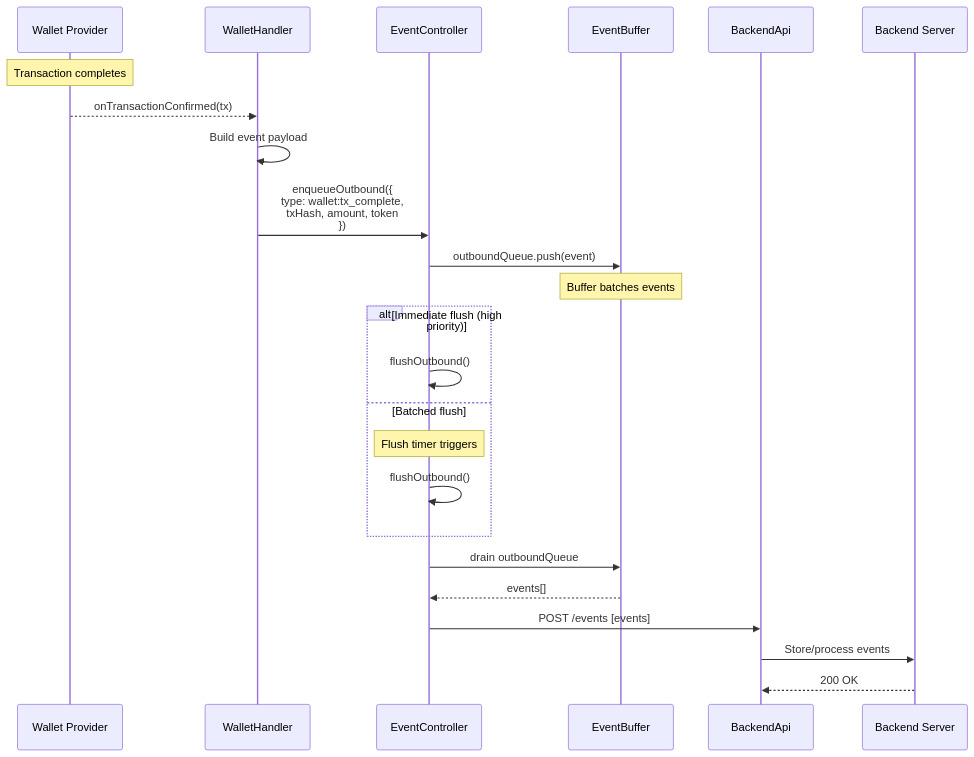
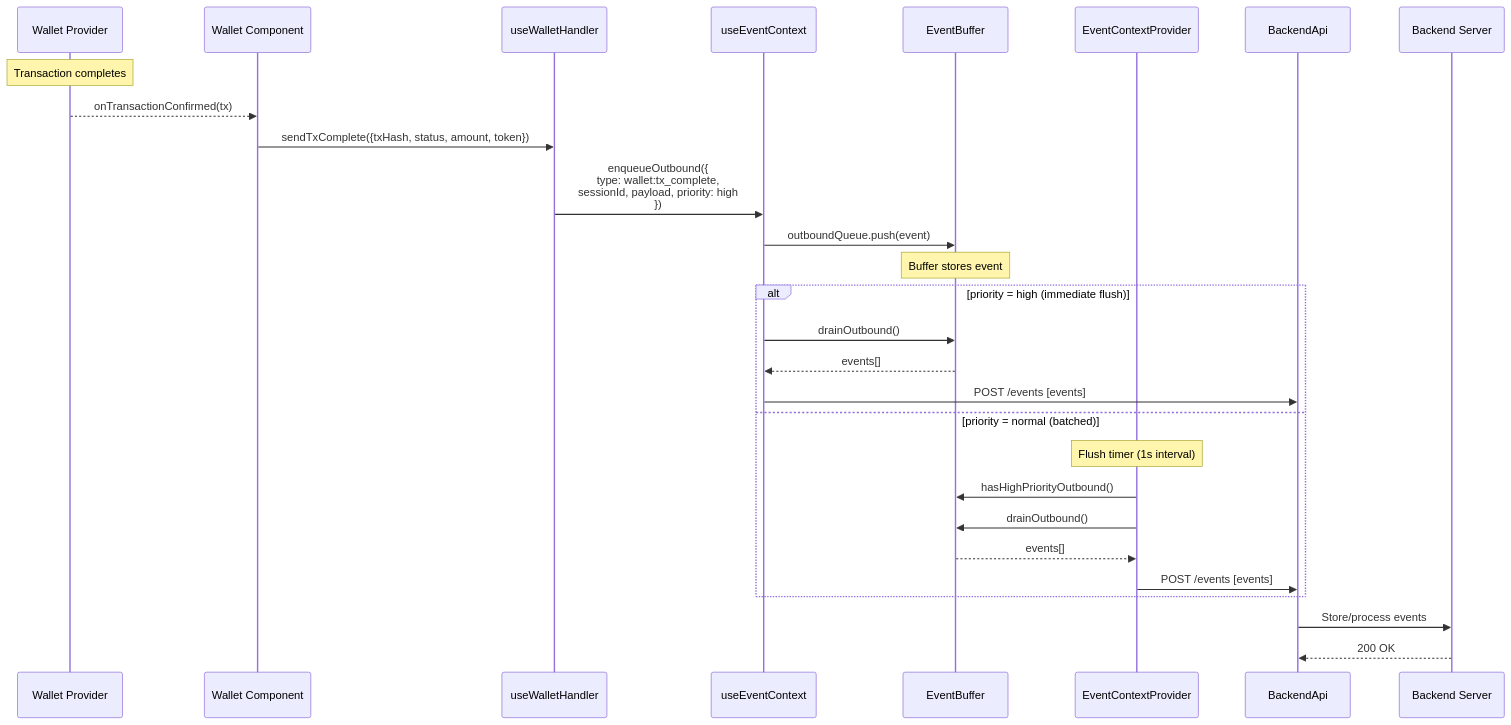
One commit to aomi-labs/aomi-widget changed the ninth of 13 diagrams in specs/RUNTIME-ARCH.md. Above: the diagram before and after it, drawn with Mermaid. The commit also changed other lines of this file and 13 other files, not shown here.

````diff
--- a/specs/RUNTIME-ARCH.md
+++ b/specs/RUNTIME-ARCH.md
@@ -301,31 +352,35 @@
 ```mermaid
 sequenceDiagram
     participant Wallet as Wallet Provider
-    participant WH as WalletHandler
-    participant EC as EventController
+    participant WC as Wallet Component
+    participant WH as useWalletHandler
+    participant EC as useEventContext
     participant EB as EventBuffer
+    participant ECP as EventContextProvider
     participant API as BackendApi
     participant BE as Backend Server
 
     Note over Wallet: Transaction completes
-    Wallet-->>WH: onTransactionConfirmed(tx)
+    Wallet-->>WC: onTransactionConfirmed(tx)
+    WC->>WH: sendTxComplete({txHash, status, amount, token})
 
-    WH->>WH: Build event payload
-    WH->>EC: enqueueOutbound({<br/>  type: wallet:tx_complete,<br/>  txHash, amount, token<br/>})
+    WH->>EC: enqueueOutbound({<br/>  type: wallet:tx_complete,<br/>  sessionId, payload, priority: high<br/>})
     EC->>EB: outboundQueue.push(event)
 
-    Note over EB: Buffer batches events
+    Note over EB: Buffer stores event
 
-    alt Immediate flush (high priority)
-        EC->>EC: flushOutbound()
-    else Batched flush
-        Note over EC: Flush timer triggers
-        EC->>EC: flushOutbound()
+    alt priority = high (immediate flush)
+        EC->>EB: drainOutbound()
+        EB-->>EC: events[]
+        EC->>API: POST /events [events]
+    else priority = normal (batched)
+        Note over ECP: Flush timer (1s interval)
+        ECP->>EB: hasHighPriorityOutbound()
+        ECP->>EB: drainOutbound()
+        EB-->>ECP: events[]
+        ECP->>API: POST /events [events]
     end
 
-    EC->>EB: drain outboundQueue
-    EB-->>EC: events[]
-    EC->>API: POST /events [events]
     API->>BE: Store/process events
     BE-->>API: 200 OK
 ```
````
